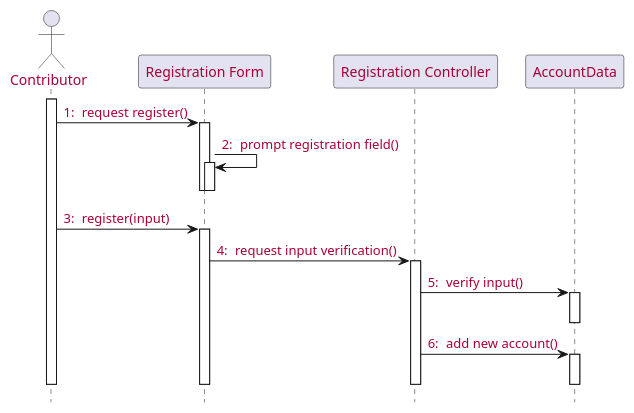
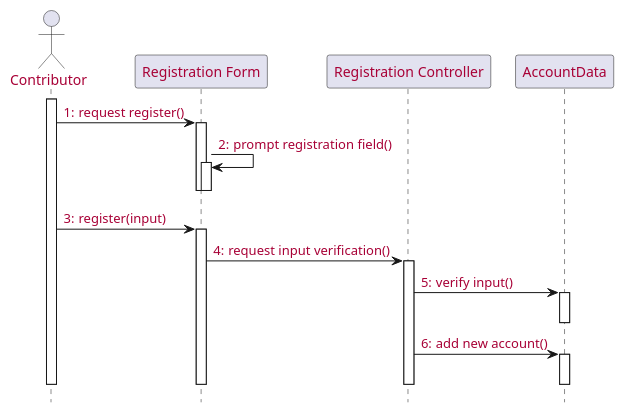
The first of 8 diagrams in source/solution/use-case-design.rst (McSinyx/ipppi), drawn with PlantUML before and after one commit. The commit also changed other lines of this file, not shown here.

```diff
--- a/source/solution/use-case-design.rst
+++ b/source/solution/use-case-design.rst
@@ -16,27 +16,27 @@
 .. uml::
 
    skinparam defaultFontColor #a80036
-   autonumber "#: "
+   autonumber "#:"
    autoactivate on
    hide footbox
 
    actor Contributor
    participant "Registration Form" as RF
    participant "Registration Controller" as RC
    participant AccountData
 
    activate Contributor
    Contributor -> RF : request register()
    RF -> RF : prompt registration field()
    deactivate RF
    deactivate RF
 
    Contributor -> RF : register(input)
    RF -> RC : request input verification()
    RC -> AccountData : verify input()
    deactivate AccountData
    RC -> AccountData : add new account()
    deactivate AccountData
    deactivate RC
    deactivate RF
    deactivate Contributor
```
